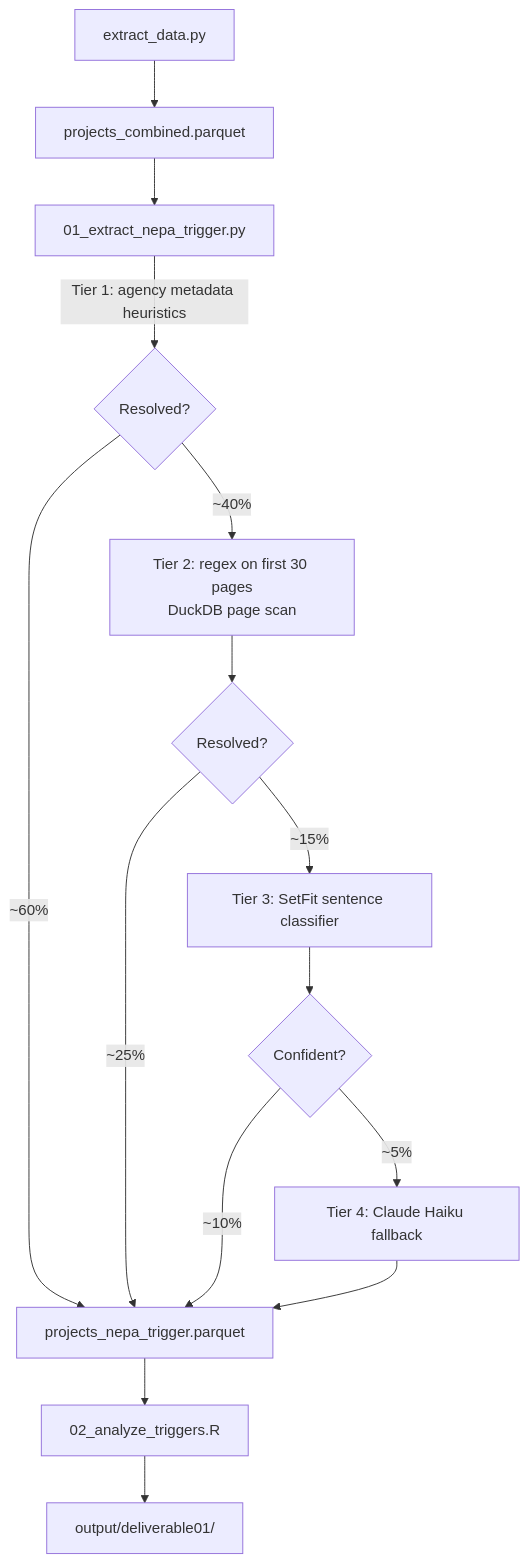
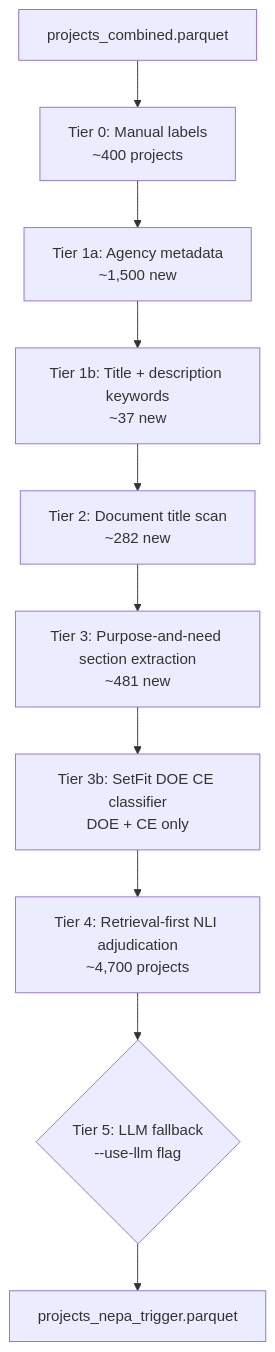
Before and after one commit to kaseyzapatka/nepa: the diagram in phase2/architecture/deliverables/deliverable01.md, drawn with Mermaid. The commit also changed other lines of this file and 1 other file, not shown here.

Commit message:
update architecture wit setfit on DOE CE, lower thresholds, add timer

````diff
--- a/phase2/architecture/deliverables/deliverable01.md
+++ b/phase2/architecture/deliverables/deliverable01.md
@@ -11,17 +11,12 @@
 ```mermaid
 flowchart TD
-    A[extract_data.py] --> B[projects_combined.parquet]
-    B --> C[01_extract_nepa_trigger.py]
-    C --> |"Tier 1: agency metadata heuristics"| D{Resolved?}
-    D --> |"~60%"| G
-    D --> |"~40%"| E[Tier 2: regex on first 30 pages\nDuckDB page scan]
-    E --> F{Resolved?}
-    F --> |"~25%"| G
-    F --> |"~15%"| H[Tier 3: SetFit sentence classifier]
-    H --> I{Confident?}
-    I --> |"~10%"| G
-    I --> |"~5%"| J[Tier 4: Claude Haiku fallback]
-    J --> G[projects_nepa_trigger.parquet]
-    G --> K[02_analyze_triggers.R]
-    K --> L[output/deliverable01/]
+    A[projects_combined.parquet] --> B[Tier 0: Manual labels\n~400 projects]
+    B --> C[Tier 1a: Agency metadata\n~1,500 new]
+    C --> D[Tier 1b: Title + description keywords\n~37 new]
+    D --> E[Tier 2: Document title scan\n~282 new]
+    E --> F[Tier 3: Purpose-and-need section extraction\n~481 new]
+    F --> G[Tier 3b: SetFit DOE CE classifier\nDOE + CE only]
+    G --> H[Tier 4: Retrieval-first NLI adjudication\n~4,700 projects]
+    H --> I{Tier 5: LLM fallback\n--use-llm flag}
+    I --> J[projects_nepa_trigger.parquet]
 ```
````
